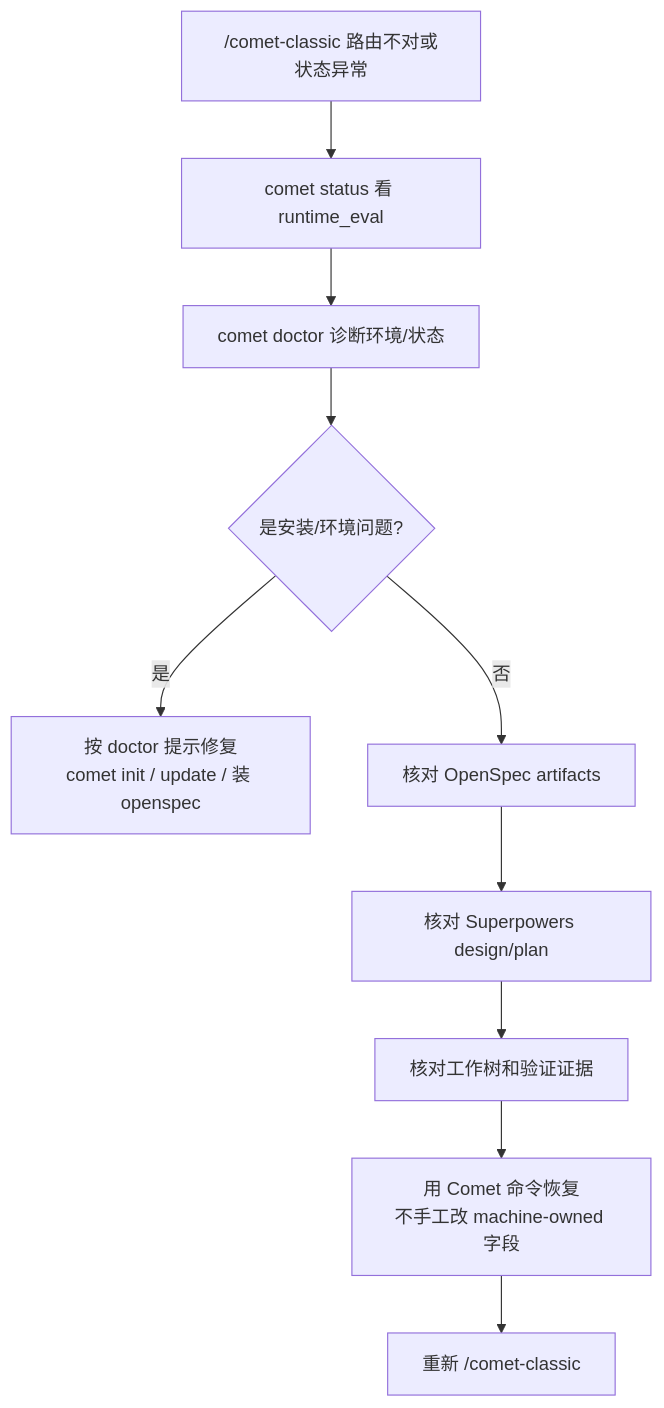
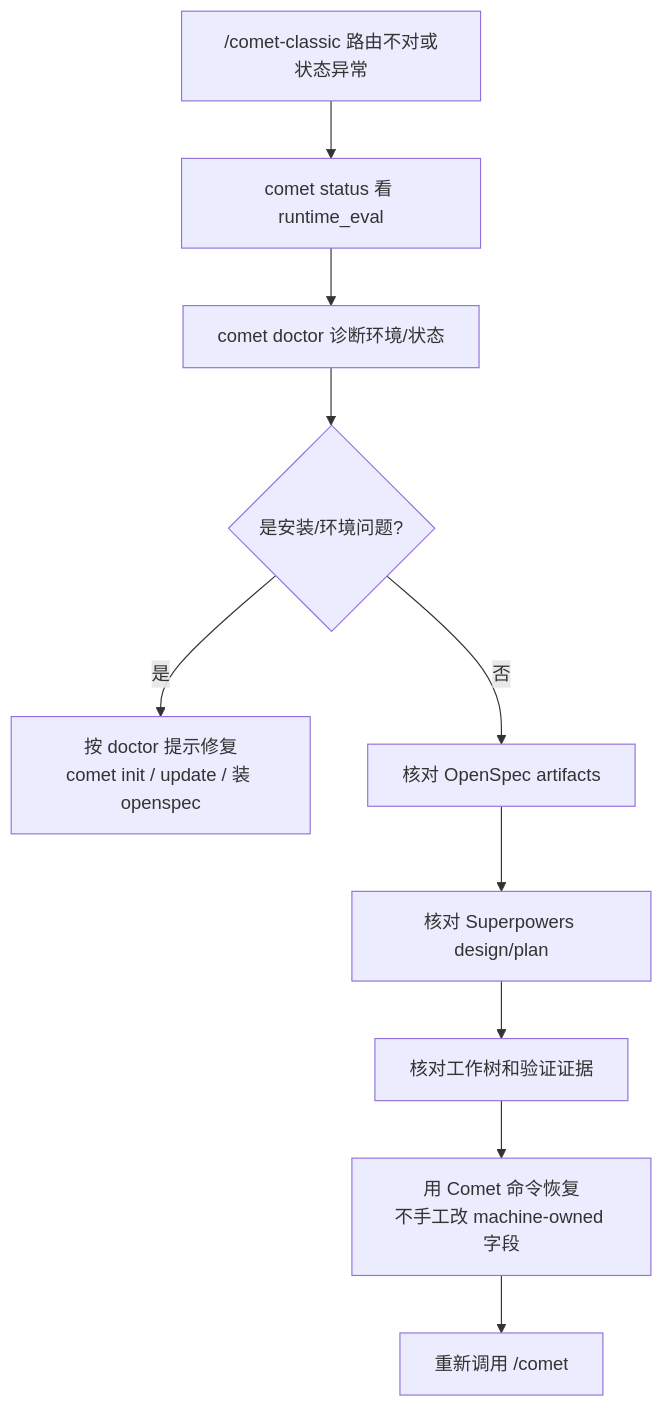
One commit to rpamis/comet-website-docs changed the diagram in zh/guides/state-recovery.mdx. Above: the diagram before and after it, drawn with Mermaid. The commit also changed other lines of this file and 85 other files, not shown here.

````diff
--- a/zh/guides/state-recovery.mdx
+++ b/zh/guides/state-recovery.mdx
@@ -80,12 +84,12 @@
 ```mermaid
 flowchart TD
   A["/comet-classic 路由不对或状态异常"] --> B["comet status 看 runtime_eval"]
   B --> C["comet doctor 诊断环境/状态"]
   C --> D{"是安装/环境问题?"}
   D -->|是| E["按 doctor 提示修复<br/>comet init / update / 装 openspec"]
   D -->|否| F["核对 OpenSpec artifacts"]
   F --> G["核对 Superpowers design/plan"]
   G --> H["核对工作树和验证证据"]
   H --> I["用 Comet 命令恢复<br/>不手工改 machine-owned 字段"]
-  I --> J["重新 /comet-classic"]
+  I --> J["重新调用 /comet"]
 ```
````
